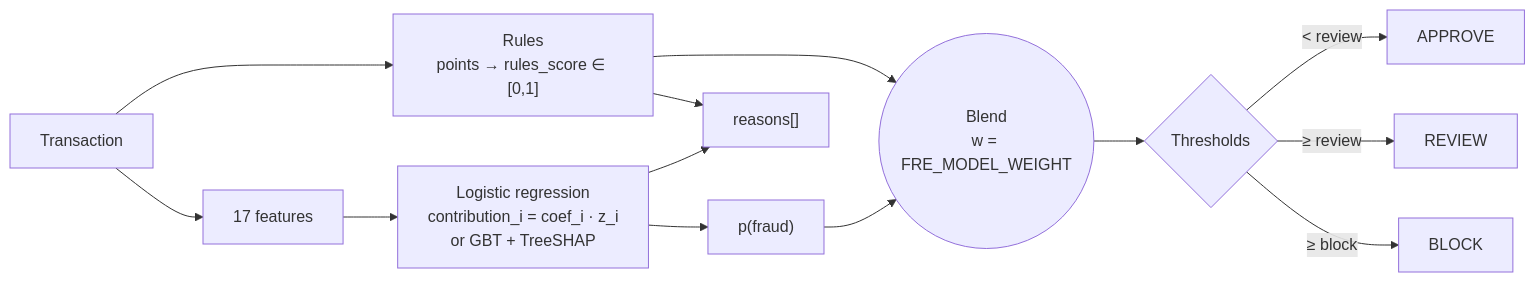
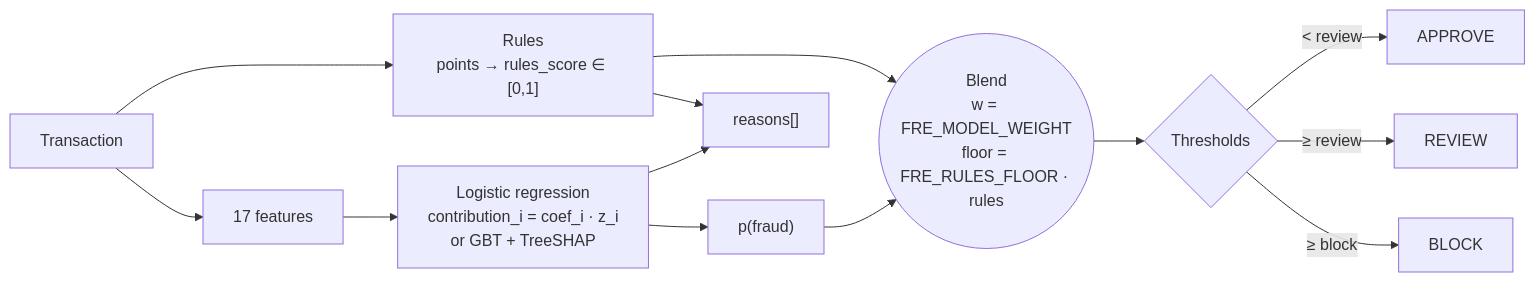
One commit to Csaf111/realtime-fraud-risk-engine changed the fourth of 5 diagrams in docs/architecture.md. Above: the diagram before and after it, drawn with Mermaid. The commit also changed other lines of this file and 7 other files, not shown here.

First line of the commit message:
feat(scoring): rules as a hard score floor under the model blend

````diff
--- a/docs/architecture.md
+++ b/docs/architecture.md
@@ -74,15 +74,15 @@
 ```mermaid
 flowchart LR
     txn["Transaction"] --> F["17 features"]
     txn --> RB["Rules<br/>points → rules_score ∈ [0,1]"]
     F --> LR["Logistic regression<br/>contribution_i = coef_i · z_i<br/>or GBT + TreeSHAP"]
     LR --> P["p(fraud)"]
-    RB --> B(("Blend<br/>w = FRE_MODEL_WEIGHT"))
+    RB --> B(("Blend<br/>w = FRE_MODEL_WEIGHT<br/>floor = FRE_RULES_FLOOR · rules"))
     P --> B
     B --> D{"Thresholds"}
     D -- "< review" --> AP["APPROVE"]
     D -- "≥ review" --> RV["REVIEW"]
     D -- "≥ block" --> BL["BLOCK"]
     RB --> X["reasons[]"]
     LR --> X
 ```
````
